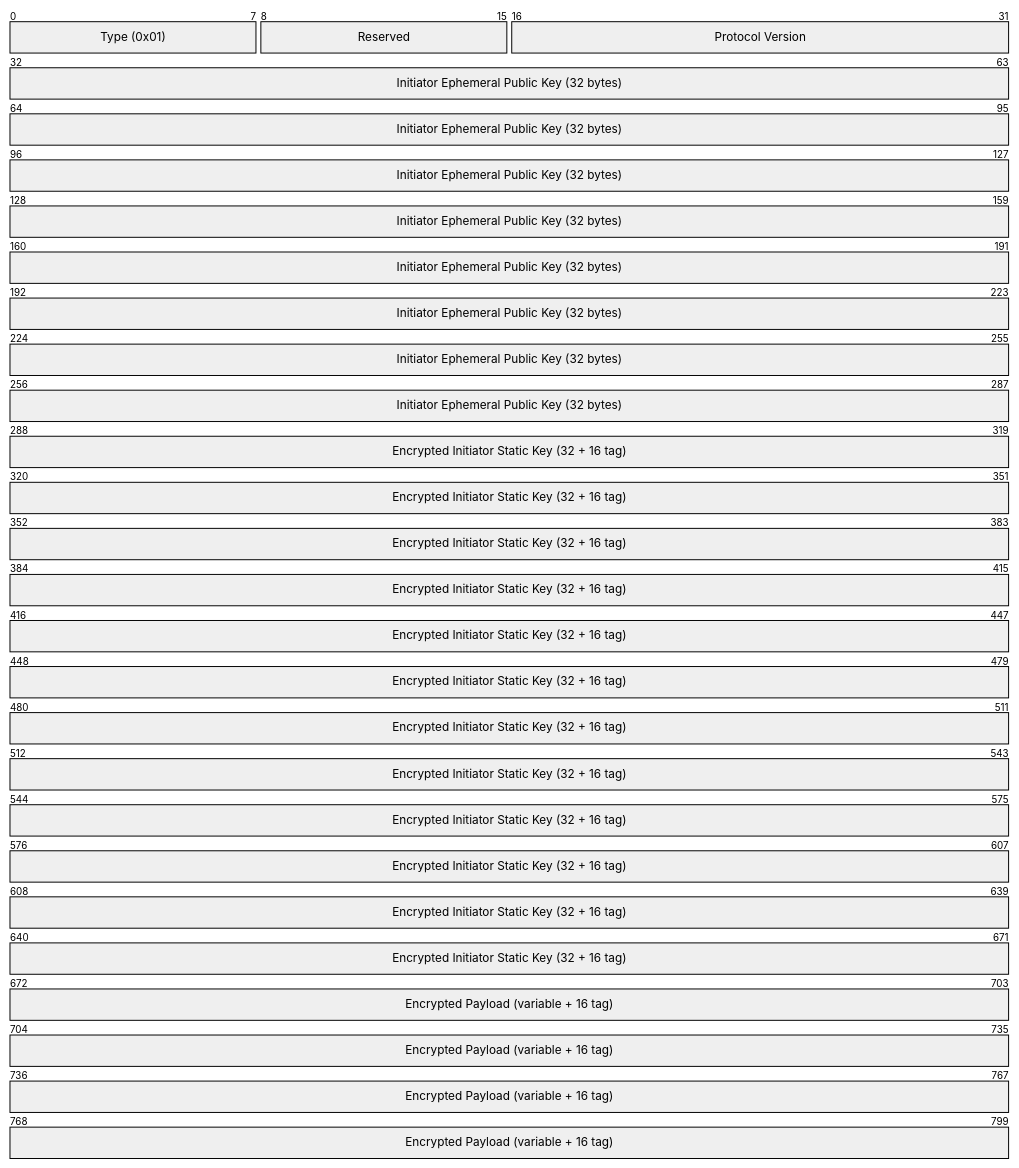
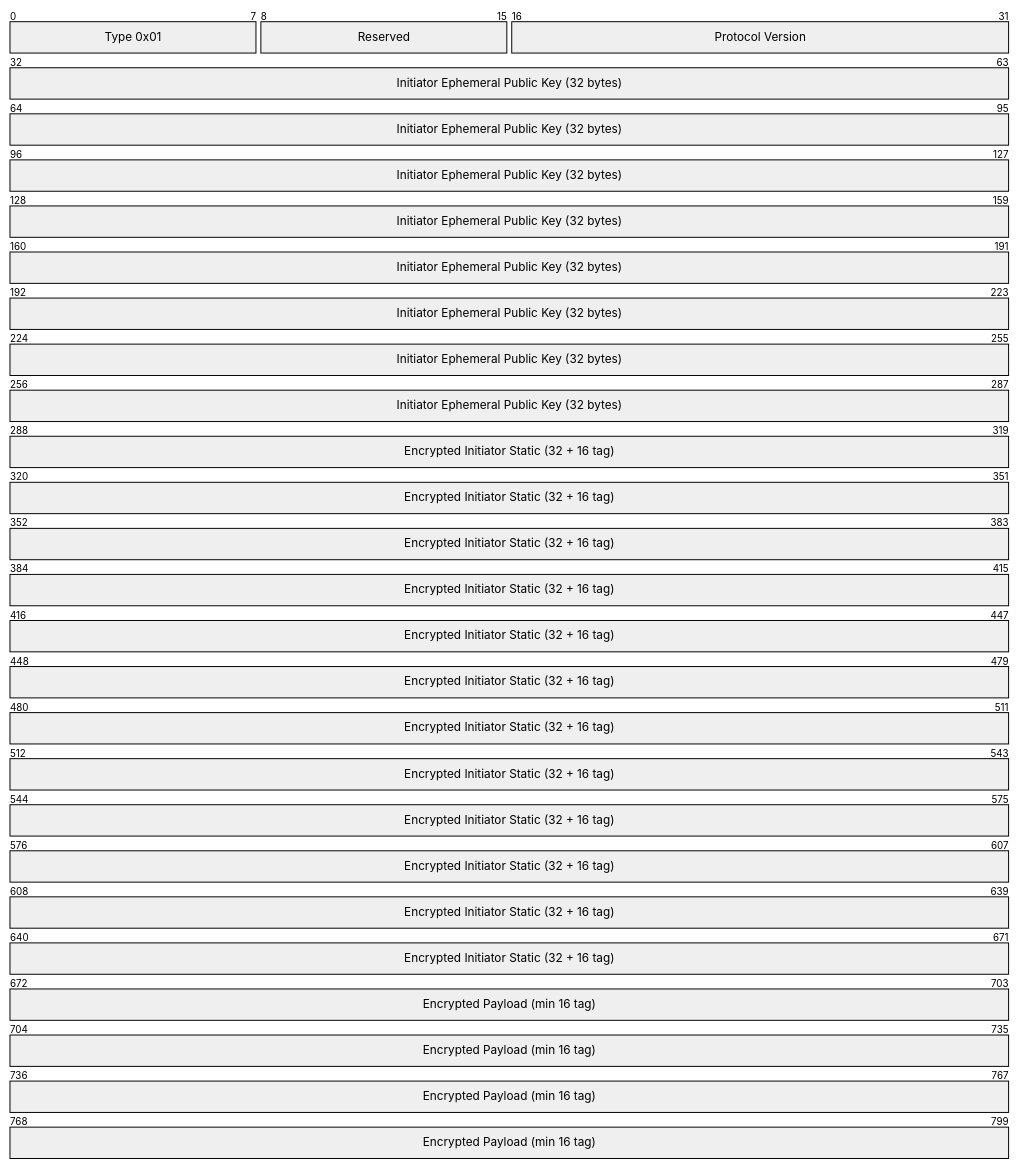
Before and after one commit to DanEscher98/nomad-specs: the first of 6 diagrams in specs/SECURITY.md, drawn with Mermaid. The commit also changed other lines of this file and 5 other files, not shown here.

First line of the commit message:
fix: convert packet-beta to packet with +count syntax

````diff
--- a/specs/SECURITY.md
+++ b/specs/SECURITY.md
@@ -47,9 +47,9 @@
 ```mermaid
-packet-beta
-  0-7: "Type (0x01)"
-  8-15: "Reserved"
-  16-31: "Protocol Version"
-  32-287: "Initiator Ephemeral Public Key (32 bytes)"
-  288-671: "Encrypted Initiator Static Key (32 + 16 tag)"
-  672-799: "Encrypted Payload (variable + 16 tag)"
+packet
+  +8: "Type 0x01"
+  +8: "Reserved"
+  +16: "Protocol Version"
+  +256: "Initiator Ephemeral Public Key (32 bytes)"
+  +384: "Encrypted Initiator Static (32 + 16 tag)"
+  +128: "Encrypted Payload (min 16 tag)"
 ```
````
